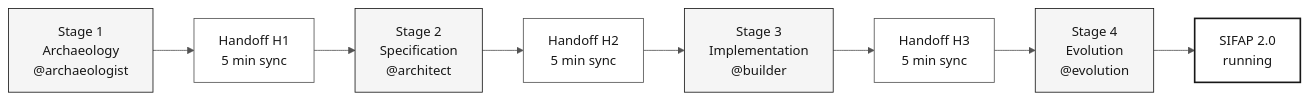
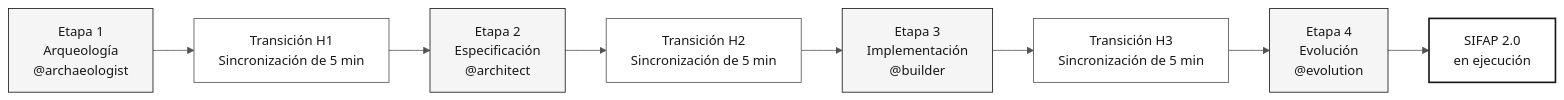
The diagram in README.md (paulasilvatech/datacorp-sifap-team-kit-pt-br), drawn with Mermaid before and after one commit. The commit also changed other lines of this file and 386 other files, not shown here.

````diff
--- a/README.md
+++ b/README.md
@@ -73,18 +78,18 @@
 ```mermaid
 %%{init: {'theme':'neutral','themeVariables':{'fontFamily':'ui-sans-serif, system-ui, sans-serif','primaryColor':'#F5F5F5','primaryTextColor':'#171717','primaryBorderColor':'#171717','lineColor':'#525252','secondaryColor':'#FFFFFF','tertiaryColor':'#FAFAFA','background':'#FFFFFF'}}}%%
 flowchart LR
     classDef step fill:#F5F5F5,stroke:#171717,color:#171717
     classDef handoff fill:#FFFFFF,stroke:#525252,color:#171717
     classDef result fill:#FFFFFF,stroke:#171717,color:#171717,stroke-width:2px
 
-    E1["Stage 1<br/>Archaeology<br/>@archaeologist"]:::step
-    H1["Handoff H1<br/>5 min sync"]:::handoff
-    E2["Stage 2<br/>Specification<br/>@architect"]:::step
-    H2["Handoff H2<br/>5 min sync"]:::handoff
-    E3["Stage 3<br/>Implementation<br/>@builder"]:::step
-    H3["Handoff H3<br/>5 min sync"]:::handoff
-    E4["Stage 4<br/>Evolution<br/>@evolution"]:::step
-    R["SIFAP 2.0<br/>running"]:::result
+    E1["Etapa 1<br/>Arqueología<br/>@archaeologist"]:::step
+    H1["Transición H1<br/>Sincronización de 5 min"]:::handoff
+    E2["Etapa 2<br/>Especificación<br/>@architect"]:::step
+    H2["Transición H2<br/>Sincronización de 5 min"]:::handoff
+    E3["Etapa 3<br/>Implementación<br/>@builder"]:::step
+    H3["Transición H3<br/>Sincronización de 5 min"]:::handoff
+    E4["Etapa 4<br/>Evolución<br/>@evolution"]:::step
+    R["SIFAP 2.0<br/>en ejecución"]:::result
 
     E1 --> H1 --> E2 --> H2 --> E3 --> H3 --> E4 --> R
 ```
````
